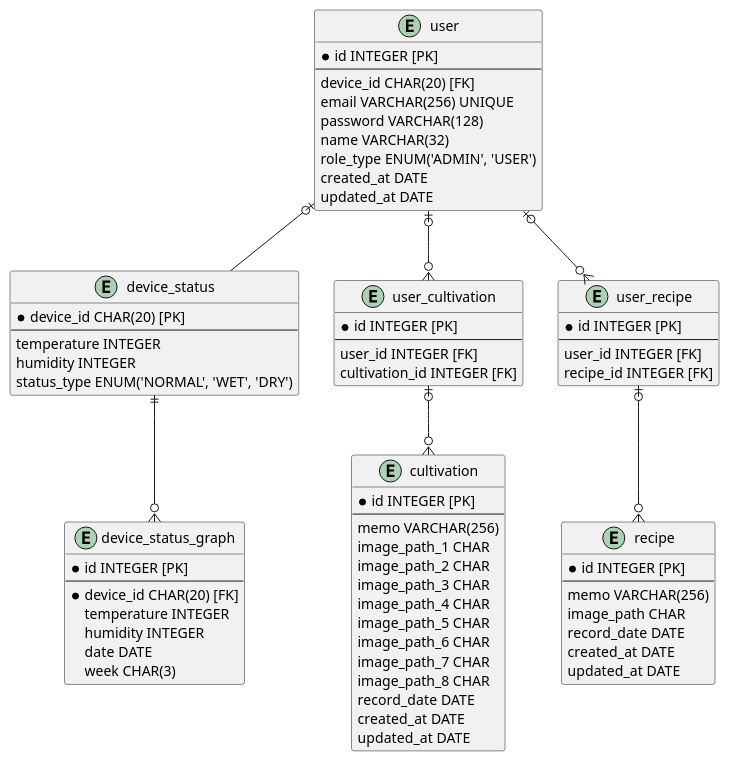
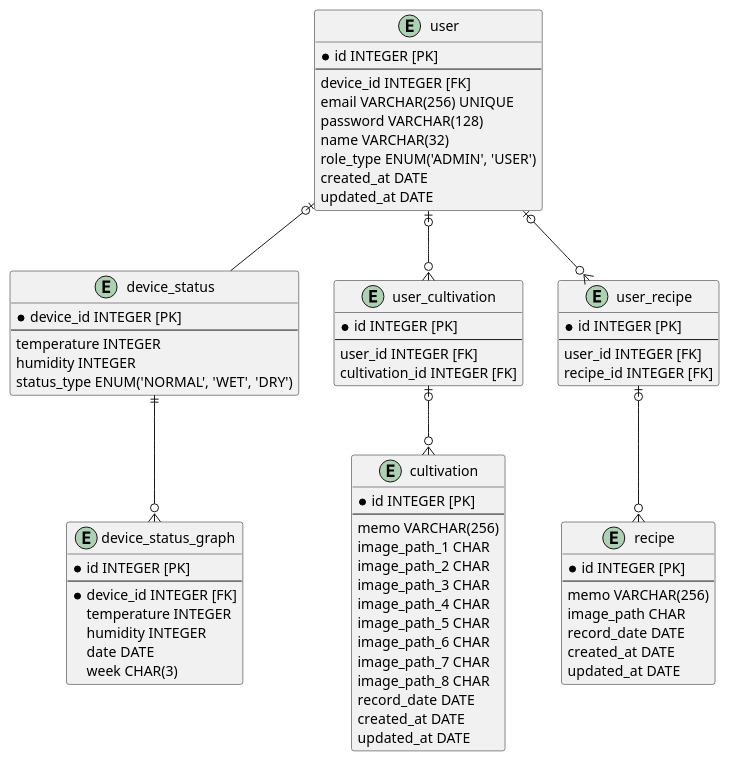
The diagram in docs/er_diagram.puml (shusuke0812/Kikurage-API), drawn with PlantUML before and after one commit. The commit also changed 1 other file, not shown here.

Commit message:
fix: ER diagram

```diff
--- a/docs/er_diagram.puml
+++ b/docs/er_diagram.puml
@@ -1,77 +1,77 @@
 @startuml kikurage_platform
     ' ***** Device tables
     entity device_status as "device_status" {
-        * device_id CHAR(20) [PK]
+        * device_id INTEGER [PK]
         --
         temperature INTEGER
         humidity INTEGER
         status_type ENUM('NORMAL', 'WET', 'DRY')
     }
     entity device_status_graph as "device_status_graph" {
         * id INTEGER [PK]
         --
-        * device_id CHAR(20) [FK]
+        * device_id INTEGER [FK]
         temperature INTEGER
         humidity INTEGER
         date DATE
         week CHAR(3)
     }
 
     ' ***** User tables
     entity user as "user" {
         * id INTEGER [PK]
         --
-        device_id CHAR(20) [FK]
+        device_id INTEGER [FK]
         email VARCHAR(256) UNIQUE
         password VARCHAR(128)
         name VARCHAR(32)
         role_type ENUM('ADMIN', 'USER')
         created_at DATE
         updated_at DATE
     }
     entity user_cultivation as "user_cultivation" {
         * id INTEGER [PK]
         --
         user_id INTEGER [FK]
         cultivation_id INTEGER [FK]
     }
     entity cultivation as "cultivation" {
         * id INTEGER [PK]
         --
         memo VARCHAR(256)
         image_path_1 CHAR
         image_path_2 CHAR
         image_path_3 CHAR
         image_path_4 CHAR
         image_path_5 CHAR
         image_path_6 CHAR
         image_path_7 CHAR
         image_path_8 CHAR
         record_date DATE
         created_at DATE
         updated_at DATE
     }
     entity user_recipe as "user_recipe" {
         * id INTEGER [PK]
         --
         user_id INTEGER [FK]
         recipe_id INTEGER [FK]
     }
     entity recipe as "recipe" {
         * id INTEGER [PK]
         --
         memo VARCHAR(256)
         image_path CHAR
         record_date DATE
         created_at DATE
         updated_at DATE
     }
 
     ' ***** Relationship
     user |o-- device_status
     device_status ||--o{ device_status_graph
     user |o--o{ user_cultivation
     user_cultivation |o-d-o{ cultivation
     user |o--o{ user_recipe
     user_recipe |o-d-o{ recipe
 @enduml
```
